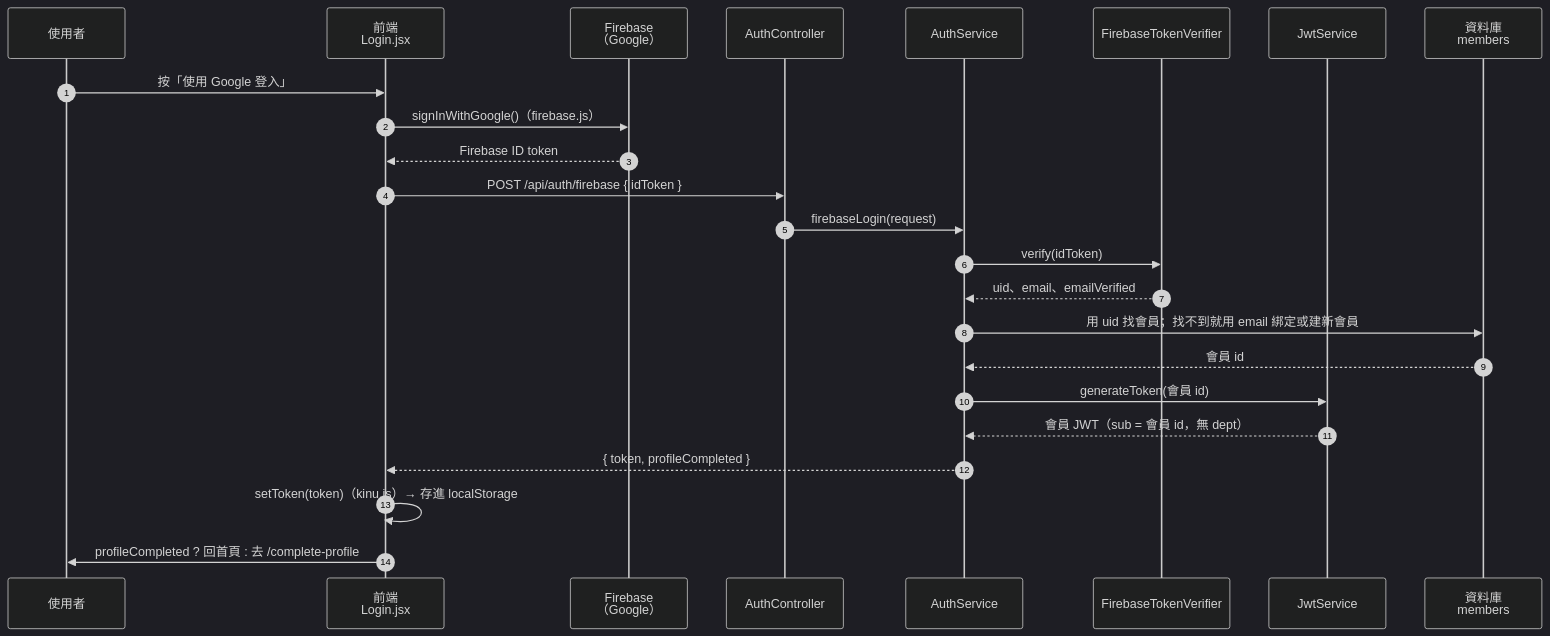
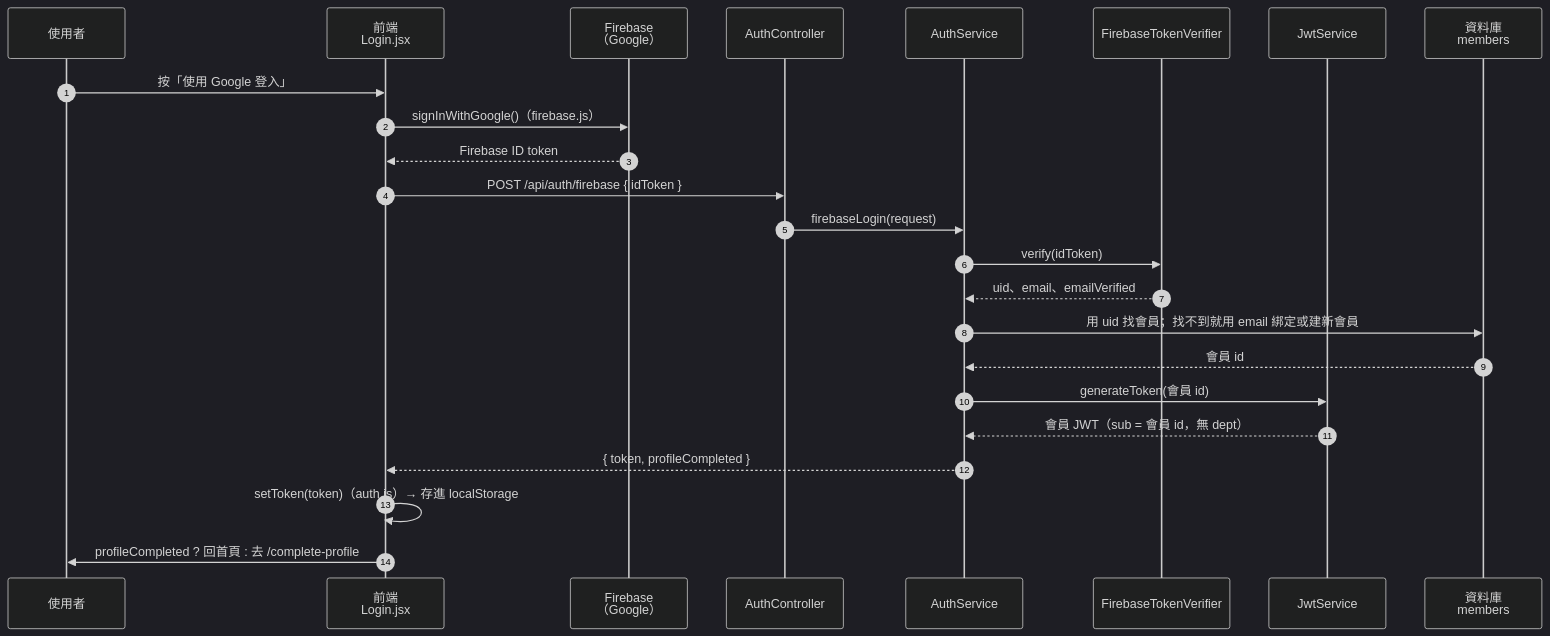
Before and after one commit to bxumsle000-cmd/Unicloth: the first of 4 diagrams in docs/jwt-flow.md, drawn with Mermaid (dark theme). The commit also changed other lines of this file and 76 other files, not shown here.

````diff
--- a/docs/jwt-flow.md
+++ b/docs/jwt-flow.md
@@ -19,27 +19,27 @@
 ```mermaid
 sequenceDiagram
     autonumber
     participant U as 使用者
     participant FE as 前端<br/>Login.jsx
     participant FB as Firebase<br/>（Google）
     participant C as AuthController
     participant S as AuthService
     participant V as FirebaseTokenVerifier
     participant J as JwtService
     participant DB as 資料庫<br/>members
 
     U->>FE: 按「使用 Google 登入」
     FE->>FB: signInWithGoogle()（firebase.js）
     FB-->>FE: Firebase ID token
     FE->>C: POST /api/auth/firebase { idToken }
     C->>S: firebaseLogin(request)
     S->>V: verify(idToken)
     V-->>S: uid、email、emailVerified
     S->>DB: 用 uid 找會員；找不到就用 email 綁定或建新會員
     DB-->>S: 會員 id
     S->>J: generateToken(會員 id)
     J-->>S: 會員 JWT（sub = 會員 id，無 dept）
     S-->>FE: { token, profileCompleted }
-    FE->>FE: setToken(token)（kinu.js）→ 存進 localStorage
+    FE->>FE: setToken(token)（auth.js）→ 存進 localStorage
     FE->>U: profileCompleted ? 回首頁 : 去 /complete-profile
 ```
````
